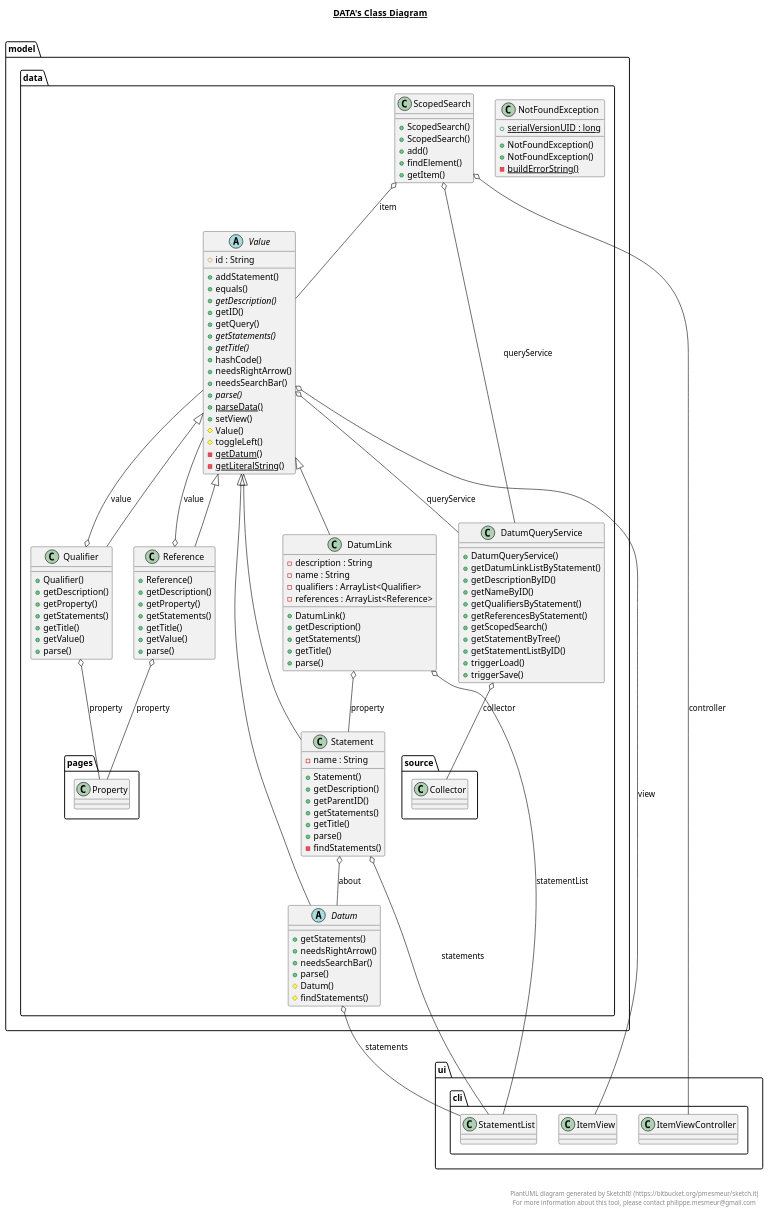
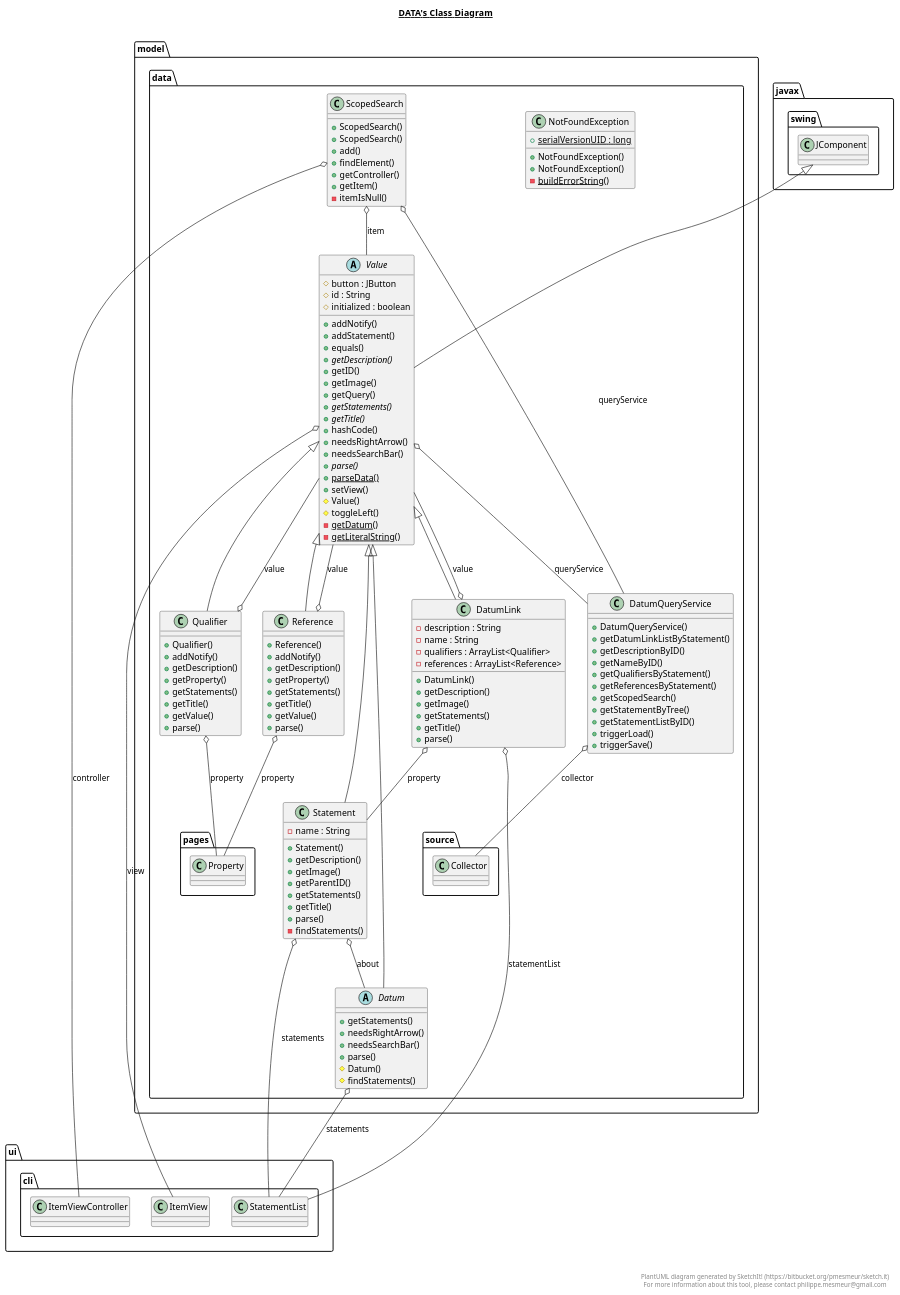
One commit to Bryce-MW/WikidataExplorer changed the diagram in src/main/model/data/data.plantuml. Above: the diagram before and after it, drawn with PlantUML. The commit also changed 8 other files, not shown here.

```diff
--- a/src/main/model/data/data.plantuml
+++ b/src/main/model/data/data.plantuml
@@ -1,163 +1,175 @@
 @startuml
 
 title __DATA's Class Diagram__\n
 
   namespace model.data {
     abstract class model.data.Datum {
         + getStatements()
         + needsRightArrow()
         + needsSearchBar()
         + parse()
         # Datum()
         # findStatements()
     }
   }
   
 
   namespace model.data {
     class model.data.DatumLink {
         - description : String
         - name : String
         - qualifiers : ArrayList<Qualifier>
         - references : ArrayList<Reference>
         + DatumLink()
         + getDescription()
+        + getImage()
         + getStatements()
         + getTitle()
         + parse()
     }
   }
   
 
   namespace model.data {
     class model.data.DatumQueryService {
         + DatumQueryService()
         + getDatumLinkListByStatement()
         + getDescriptionByID()
         + getNameByID()
         + getQualifiersByStatement()
         + getReferencesByStatement()
         + getScopedSearch()
         + getStatementByTree()
         + getStatementListByID()
         + triggerLoad()
         + triggerSave()
     }
   }
   
 
   namespace model.data {
     class model.data.NotFoundException {
         {static} + serialVersionUID : long
         + NotFoundException()
         + NotFoundException()
         {static} - buildErrorString()
     }
   }
   
 
   namespace model.data {
     class model.data.Qualifier {
         + Qualifier()
+        + addNotify()
         + getDescription()
         + getProperty()
         + getStatements()
         + getTitle()
         + getValue()
         + parse()
     }
   }
   
 
   namespace model.data {
     class model.data.Reference {
         + Reference()
+        + addNotify()
         + getDescription()
         + getProperty()
         + getStatements()
         + getTitle()
         + getValue()
         + parse()
     }
   }
   
 
   namespace model.data {
     class model.data.ScopedSearch {
         + ScopedSearch()
         + ScopedSearch()
         + add()
         + findElement()
+        + getController()
         + getItem()
+        - itemIsNull()
     }
   }
   
 
   namespace model.data {
     class model.data.Statement {
         - name : String
         + Statement()
         + getDescription()
+        + getImage()
         + getParentID()
         + getStatements()
         + getTitle()
         + parse()
         - findStatements()
     }
   }
   
 
   namespace model.data {
     abstract class model.data.Value {
+        # button : JButton
         # id : String
+        # initialized : boolean
+        + addNotify()
         + addStatement()
         + equals()
         {abstract} + getDescription()
         + getID()
+        + getImage()
         + getQuery()
         {abstract} + getStatements()
         {abstract} + getTitle()
         + hashCode()
         + needsRightArrow()
         + needsSearchBar()
         {abstract} + parse()
         {static} + parseData()
         + setView()
         # Value()
         # toggleLeft()
         {static} - getDatum()
         {static} - getLiteralString()
     }
   }
   
 
   model.data.Datum -up-|> model.data.Value
   model.data.Datum o-- ui.cli.StatementList : statements
   model.data.DatumLink -up-|> model.data.Value
   model.data.DatumLink o-- model.data.Statement : property
   model.data.DatumLink o-- ui.cli.StatementList : statementList
+  model.data.DatumLink o-- model.data.Value : value
   model.data.DatumQueryService o-- model.data.source.Collector : collector
   model.data.Qualifier -up-|> model.data.Value
   model.data.Qualifier o-- model.data.pages.Property : property
   model.data.Qualifier o-- model.data.Value : value
   model.data.Reference -up-|> model.data.Value
   model.data.Reference o-- model.data.pages.Property : property
   model.data.Reference o-- model.data.Value : value
   model.data.ScopedSearch o-- ui.cli.ItemViewController : controller
   model.data.ScopedSearch o-- model.data.Value : item
   model.data.ScopedSearch o-- model.data.DatumQueryService : queryService
   model.data.Statement -up-|> model.data.Value
   model.data.Statement o-- model.data.Datum : about
   model.data.Statement o-- ui.cli.StatementList : statements
+  model.data.Value -up-|> javax.swing.JComponent
   model.data.Value o-- model.data.DatumQueryService : queryService
   model.data.Value o-- ui.cli.ItemView : view
 
 
 right footer
 
 
 PlantUML diagram generated by SketchIt! (https://bitbucket.org/pmesmeur/sketch.it)
 For more information about this tool, please contact philippe.mesmeur@gmail.com
 endfooter
 
 @enduml
```
